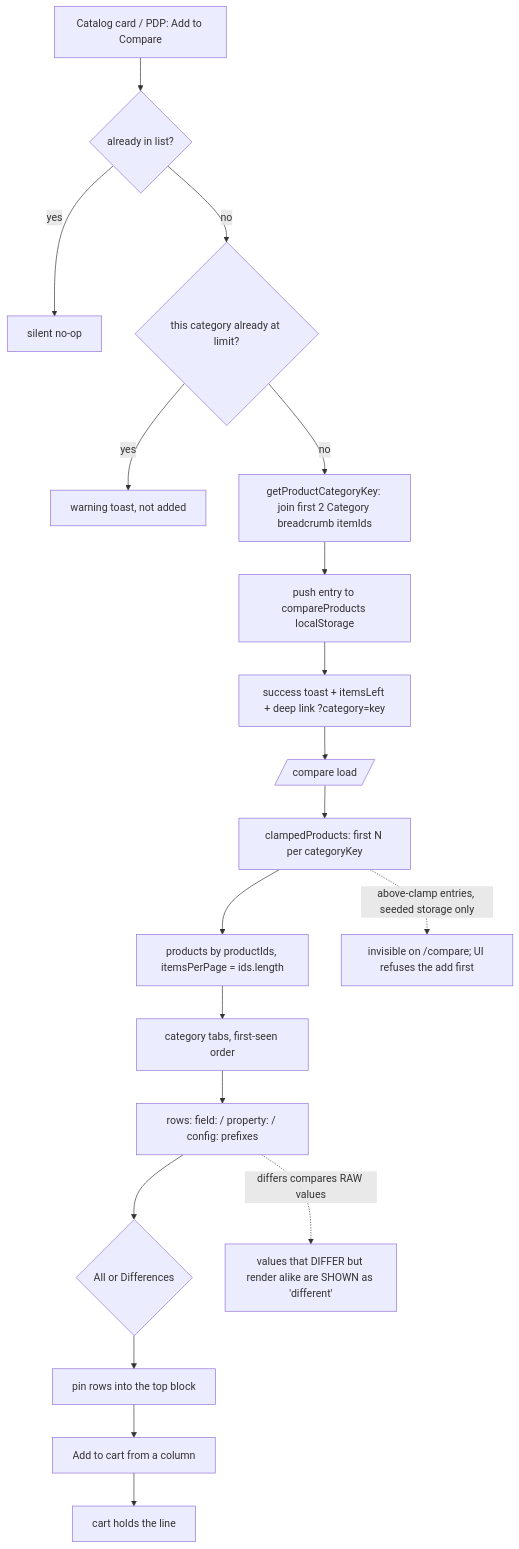
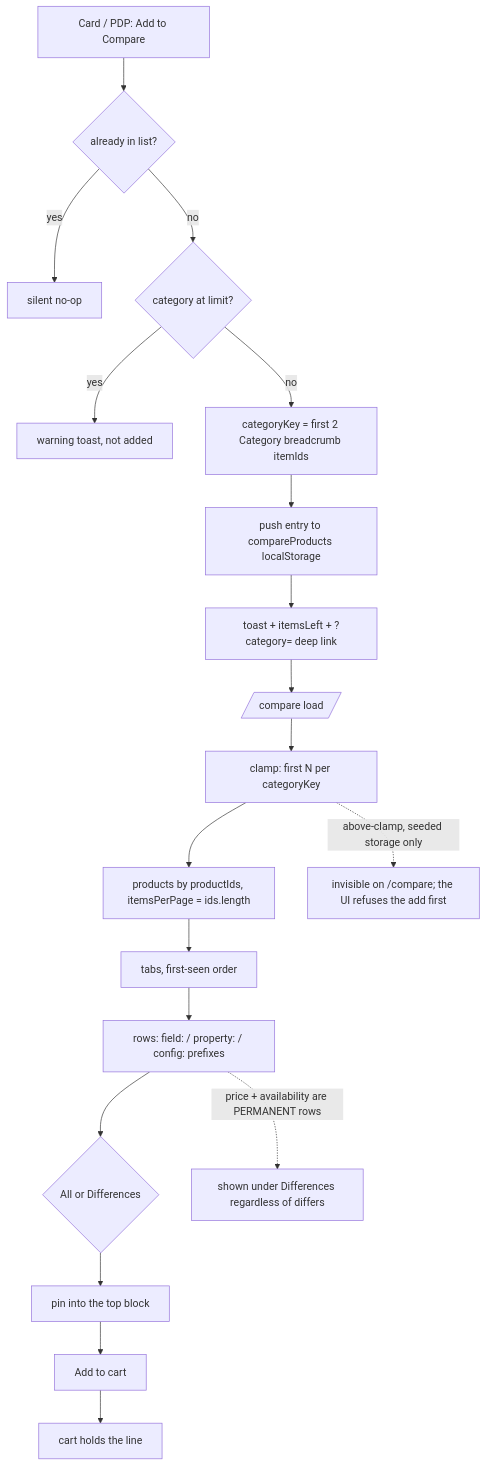
Before and after one commit to VirtoCommerce/vc-mcp-testing-module: the first of 3 diagrams in reports/ba/test-models/VCST-5735-2026-09-03.md, drawn with Mermaid. The commit also changed other lines of this file and 72 other files, not shown here.

Commit message:
Compare products test cases and scripts

````diff
--- a/reports/ba/test-models/VCST-5735-2026-09-03.md
+++ b/reports/ba/test-models/VCST-5735-2026-09-03.md
@@ -39,21 +35,15 @@
 ```mermaid
 flowchart TD
-  A[Catalog card / PDP: Add to Compare] --> B{already in list?}
+  A[Card / PDP: Add to Compare] --> B{already in list?}
   B -- yes --> Z[silent no-op]
-  B -- no --> C{this category already at limit?}
+  B -- no --> C{category at limit?}
   C -- yes --> W[warning toast, not added]
-  C -- no --> D[getProductCategoryKey: join first 2 Category breadcrumb itemIds]
-  D --> E[push entry to compareProducts localStorage]
-  E --> F[success toast + itemsLeft + deep link ?category=key]
-  F --> G[/compare load/]
-  G --> H[clampedProducts: first N per categoryKey]
-  H --> I[products by productIds, itemsPerPage = ids.length]
-  I --> J[category tabs, first-seen order]
-  J --> K[rows: field: / property: / config: prefixes]
-  K --> L{All or Differences}
-  L --> M[pin rows into the top block]
-  M --> N[Add to cart from a column]
-  N --> O[cart holds the line]
-  H -.above-clamp entries, seeded storage only.-> X[invisible on /compare; UI refuses the add first]
-  K -.differs compares RAW values.-> X2[values that DIFFER but render alike are SHOWN as 'different']
+  C -- no --> D[categoryKey = first 2 Category breadcrumb itemIds]
+  D --> E[push entry to compareProducts localStorage] --> F[toast + itemsLeft + ?category= deep link]
+  F --> G[/compare load/] --> H[clamp: first N per categoryKey]
+  H --> I[products by productIds, itemsPerPage = ids.length] --> J[tabs, first-seen order]
+  J --> K[rows: field: / property: / config: prefixes] --> L{All or Differences}
+  L --> M[pin into the top block] --> N[Add to cart] --> O[cart holds the line]
+  H -.above-clamp, seeded storage only.-> X[invisible on /compare; the UI refuses the add first]
+  K -.price + availability are PERMANENT rows.-> X2[shown under Differences regardless of differs]
 ```
````
